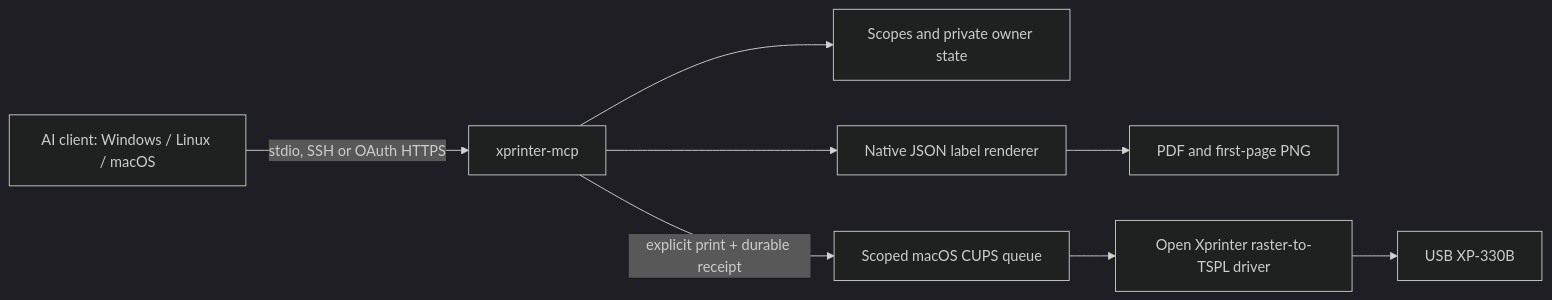
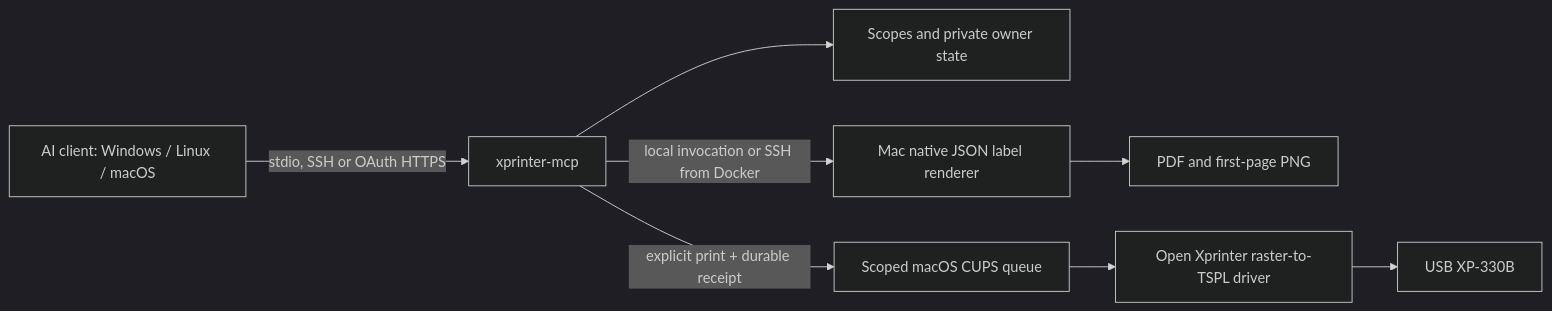
One commit to ismoil-nosr/xprinter-mcp changed the diagram in docs/ARCHITECTURE.md. Above: the diagram before and after it, drawn with Mermaid (dark theme). The commit also changed other lines of this file and 31 other files, not shown here.

Commit message:
Add multi-platform Docker MCP runtime with SSH printer backend

````diff
--- a/docs/ARCHITECTURE.md
+++ b/docs/ARCHITECTURE.md
@@ -7,10 +7,10 @@
 ```mermaid
 flowchart LR
     AI[AI client: Windows / Linux / macOS] -->|stdio, SSH or OAuth HTTPS| MCP[xprinter-mcp]
     MCP --> Auth[Scopes and private owner state]
-    MCP --> Native[Native JSON label renderer]
+    MCP -->|local invocation or SSH from Docker| Native[Mac native JSON label renderer]
     Native --> Preview[PDF and first-page PNG]
     MCP -->|explicit print + durable receipt| CUPS[Scoped macOS CUPS queue]
     CUPS --> Driver[Open Xprinter raster-to-TSPL driver]
     Driver --> USB[USB XP-330B]
 ```
````
